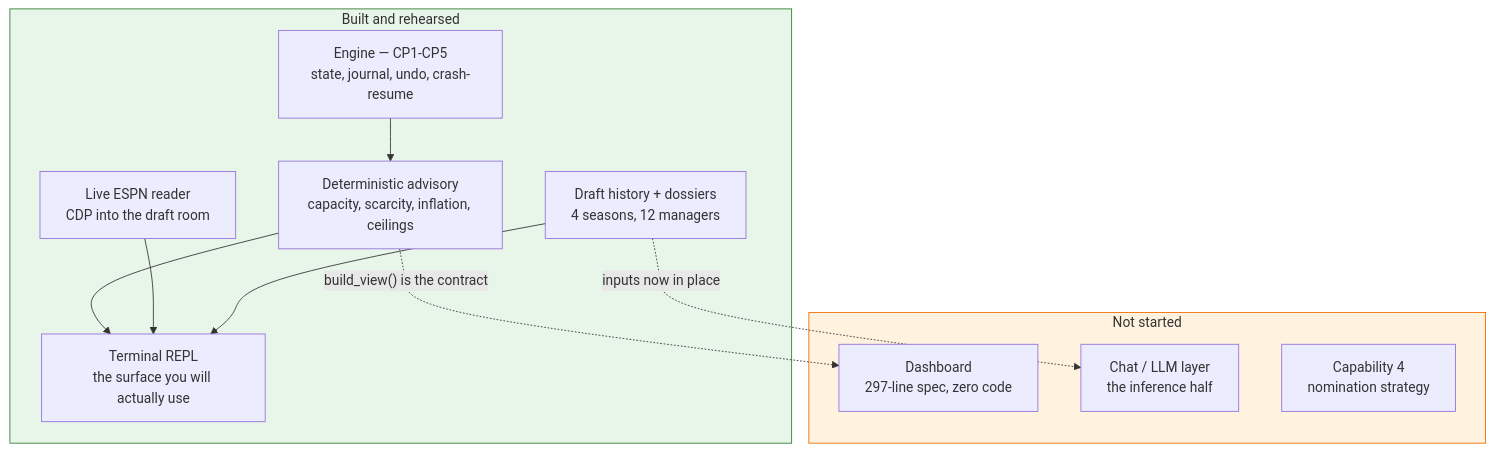
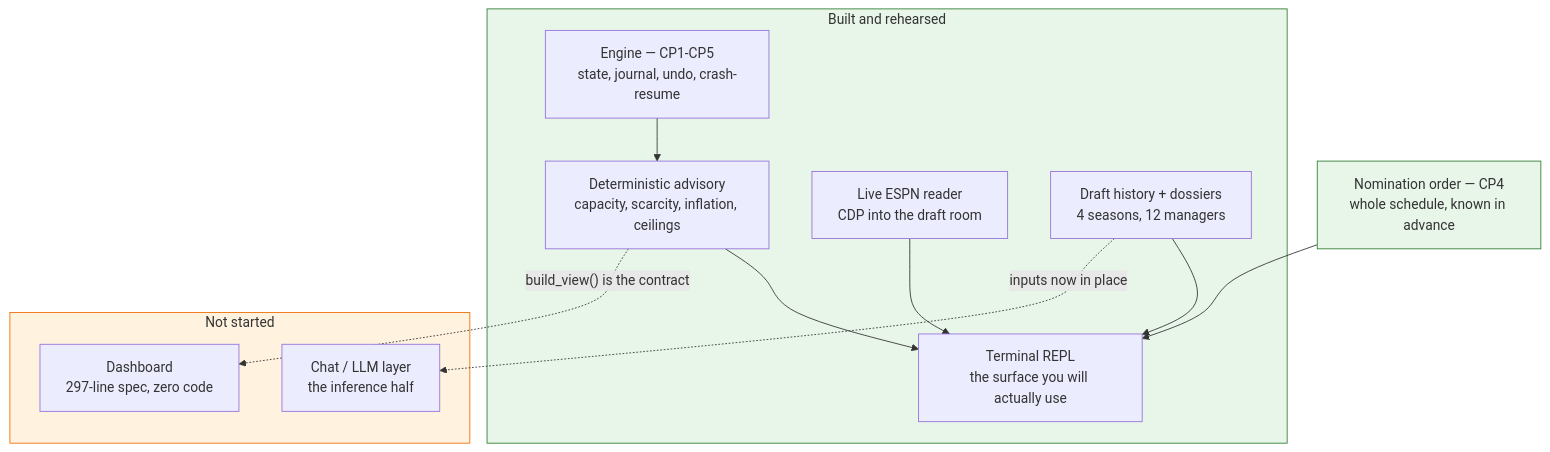
The diagram in docs/BUILD_STATUS.md (chrisaltonji/Fantasy-Football-Assistant), drawn with Mermaid before and after one commit. The commit also changed other lines of this file and 20 other files, not shown here.

````diff
--- a/docs/BUILD_STATUS.md
+++ b/docs/BUILD_STATUS.md
@@ -20,22 +20,24 @@
 ```mermaid
 flowchart TB
   subgraph done["Built and rehearsed"]
     E["Engine — CP1-CP5<br/>state, journal, undo, crash-resume"]
     A["Deterministic advisory<br/>capacity, scarcity, inflation, ceilings"]
     L["Live ESPN reader<br/>CDP into the draft room"]
     T["Terminal REPL<br/>the surface you will actually use"]
     H["Draft history + dossiers<br/>4 seasons, 12 managers"]
   end
   subgraph open["Not started"]
     D["Dashboard<br/>297-line spec, zero code"]
     C["Chat / LLM layer<br/>the inference half"]
-    N["Capability 4<br/>nomination strategy"]
   end
+  N["Nomination order — CP4<br/>whole schedule, known in advance"]
   E --> A --> T
   L --> T
   H --> T
+  N --> T
   A -.->|"build_view() is the contract"| D
   H -.->|"inputs now in place"| C
   style done fill:#e8f5e9,stroke:#2e7d32
   style open fill:#fff3e0,stroke:#ef6c00
+  style N fill:#e8f5e9,stroke:#2e7d32
 ```
````
